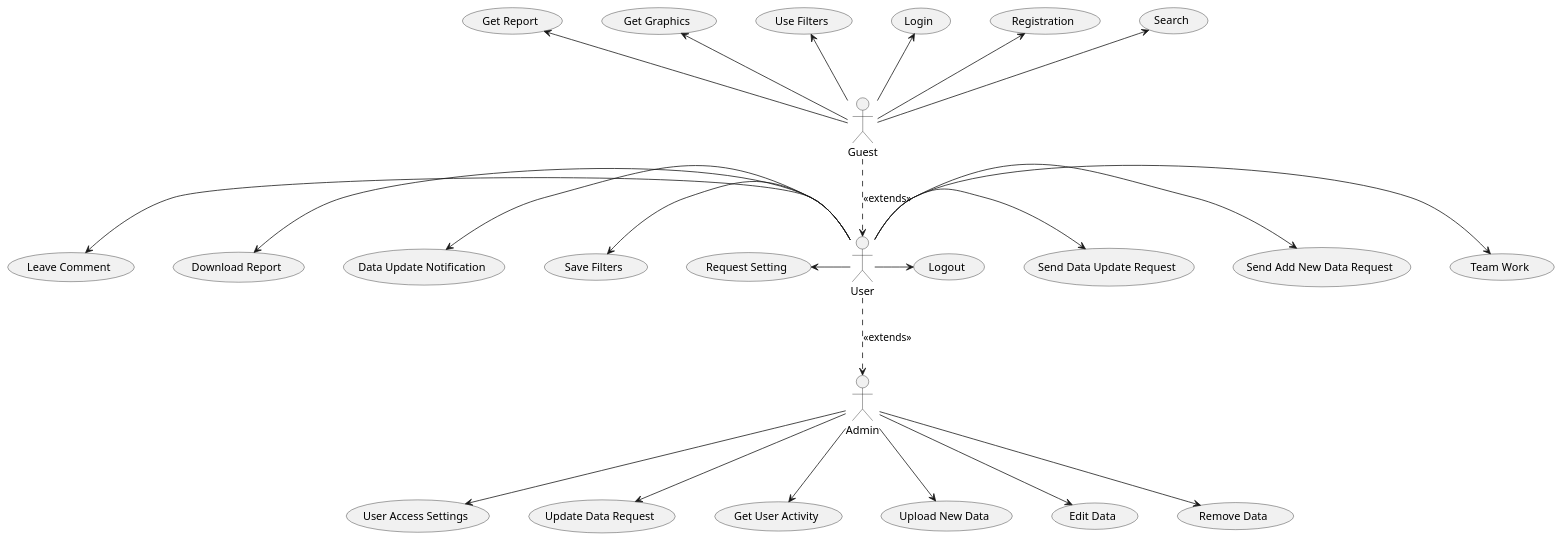
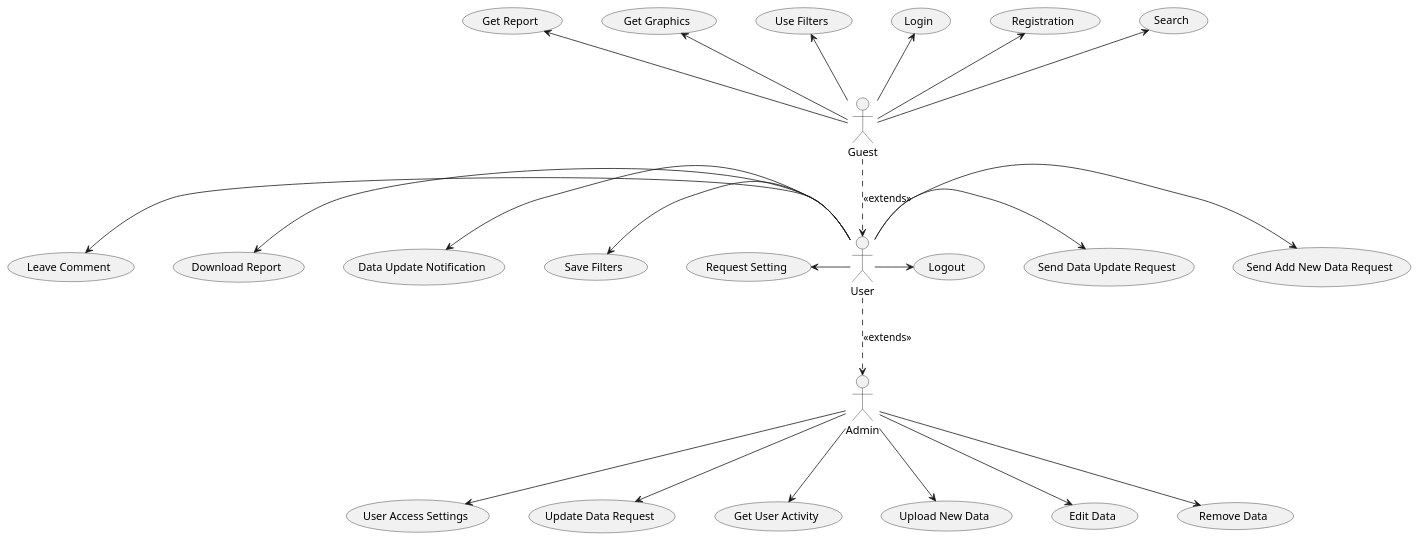
One commit to panther21Lw/db_labs_io31 changed the first of 24 diagrams in docs/use cases/README.md. Above: the diagram before and after it, drawn with PlantUML. The commit also changed other lines of this file and 1 other file, not shown here.

Commit message:
Delete TeamWork usecase

```diff
--- a/docs/use cases/README.md
+++ b/docs/use cases/README.md
@@ -36,62 +35,60 @@
 @startuml
 
     skinparam monochrome true
     skinparam ranksep 80
     skinparam nodesep 50
 
     actor Guest
     actor User
     actor Admin
     
     Guest .down.> User : <<extends>>
     User .down.> Admin : <<extends>>
     
     usecase "Search" as GSearch
     usecase "Registration" as GRegistration
     usecase "Login" as GLogin
     usecase "Use Filters" as GUseFilters
     usecase "Get Graphics" as GGetGraphics
     usecase "Get Report" as GGetReport
     
     usecase "Request Setting" as URequestSetting
     usecase "Save Filters" as USaveFilters
     usecase "Data Update Notification" as UDataUpdateNotification
     usecase "Download Report" as UDownloadReport
     usecase "Leave Comment" as ULeaveComment
-    usecase "Team Work" as UTeamWork
     usecase "Send Add New Data Request" as USendAddNewDataRequest
     usecase "Send Data Update Request" as USendDataUpdateRequest
     usecase "Logout" as ULogout
     
     usecase "User Access Settings" as AUserAccessSettings
     usecase "Update Data Request" as AUpdateDataRequest
     usecase "Get User Activity" as AGetUserActivity
     usecase "Upload New Data" as AUploadNewData
     usecase "Edit Data" as AEditData
     usecase "Remove Data" as ARemoveData
     
     Guest -up-> GSearch
     Guest -up-> GRegistration
     Guest -up-> GLogin
     Guest -up-> GUseFilters
     Guest -up-> GGetGraphics
     Guest -up-> GGetReport
     
     User -left-> URequestSetting
     User -left-> USaveFilters
     User -left-> UDataUpdateNotification
     User -left-> UDownloadReport
     User -left-> ULeaveComment
-    User -right-> UTeamWork
     User -right-> USendAddNewDataRequest
     User -right-> USendDataUpdateRequest
     User -right-> ULogout
     
     Admin -down-> AUserAccessSettings
     Admin -down-> AUpdateDataRequest
     Admin -down-> AGetUserActivity
     Admin -down-> AUploadNewData
     Admin -down-> AEditData
     Admin -down-> ARemoveData
 
 @enduml
```
